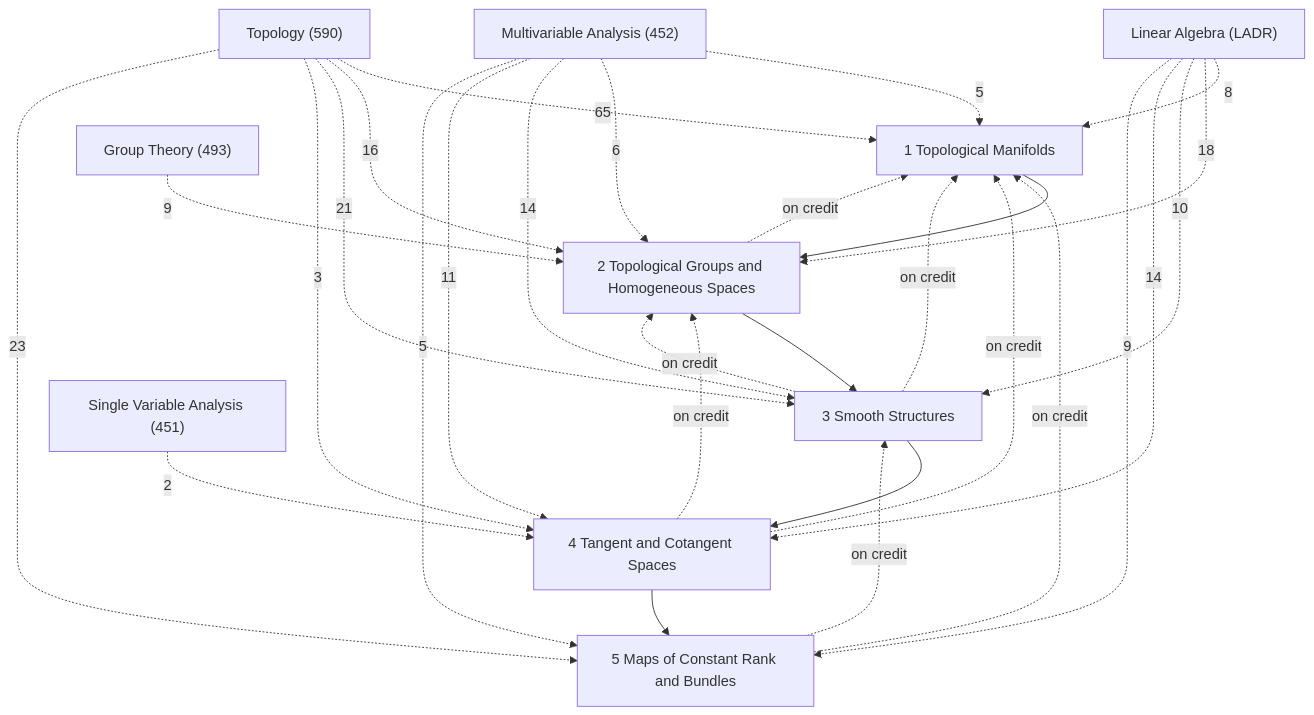
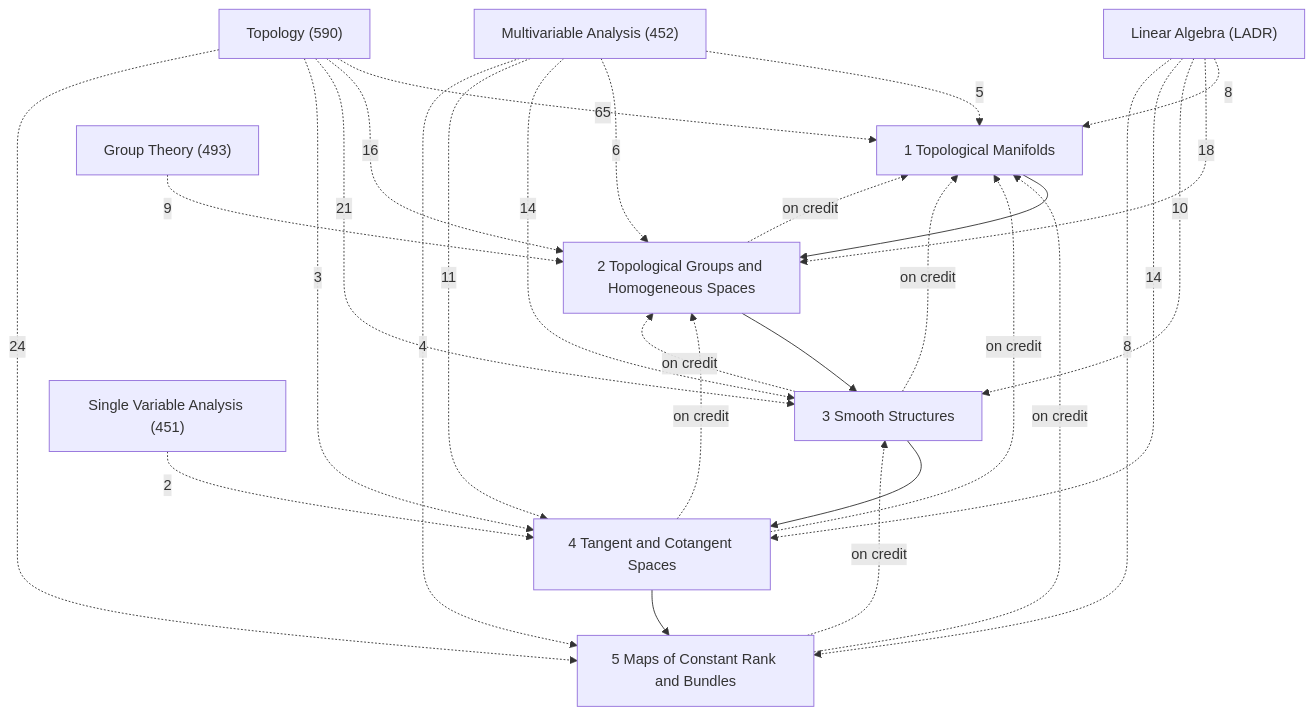
Before and after one commit to Onion20040508/notes: the diagram in Math/Differentiable Manifolds/Differentiable Manifolds.md, drawn with Mermaid. The commit also changed other lines of this file and 76 other files, not shown here.

````diff
--- a/Math/Differentiable Manifolds/Differentiable Manifolds.md
+++ b/Math/Differentiable Manifolds/Differentiable Manifolds.md
@@ -27,41 +27,41 @@
 ```mermaid
 graph TD
   C1["1 Topological Manifolds"]
   C2["2 Topological Groups and Homogeneous Spaces"]
   C3["3 Smooth Structures"]
   C4["4 Tangent and Cotangent Spaces"]
   C5["5 Maps of Constant Rank and Bundles"]
   X1["Topology (590)"]
   X2["Multivariable Analysis (452)"]
   X3["Linear Algebra (LADR)"]
   X4["Group Theory (493)"]
   X5["Single Variable Analysis (451)"]
   C1 --> C2
   C2 --> C3
   C3 --> C4
   C4 --> C5
   C2 -.->|on credit| C1
   C3 -.->|on credit| C1
   C3 -.->|on credit| C2
   C4 -.->|on credit| C1
   C4 -.->|on credit| C2
   C5 -.->|on credit| C1
   C5 -.->|on credit| C3
   X4 -.->|9| C2
   X3 -.->|8| C1
   X3 -.->|18| C2
   X3 -.->|10| C3
   X3 -.->|14| C4
-  X3 -.->|9| C5
+  X3 -.->|8| C5
   X2 -.->|5| C1
   X2 -.->|6| C2
   X2 -.->|14| C3
   X2 -.->|11| C4
-  X2 -.->|5| C5
+  X2 -.->|4| C5
   X5 -.->|2| C4
   X1 -.->|65| C1
   X1 -.->|16| C2
   X1 -.->|21| C3
   X1 -.->|3| C4
-  X1 -.->|23| C5
+  X1 -.->|24| C5
 ```
````
